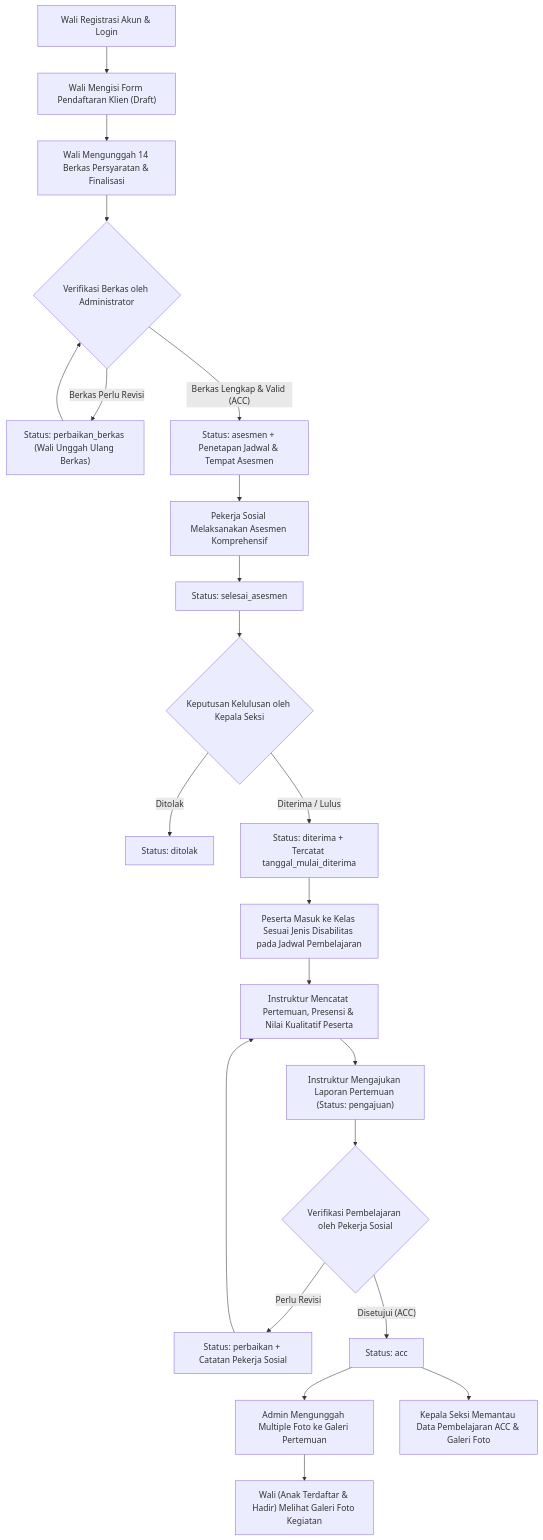
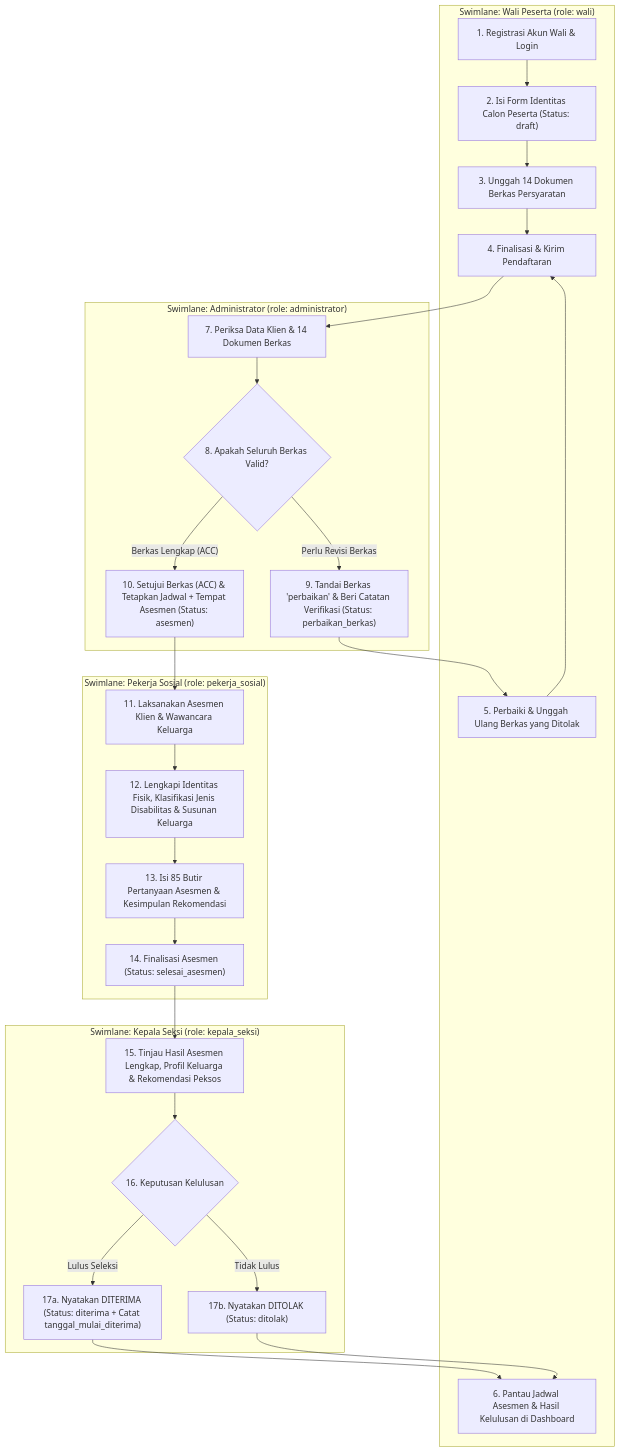
Before and after one commit to grim13/si-pkbk: the first of 4 diagrams in docs/PRD.md, drawn with Mermaid. The commit also changed other lines of this file, not shown here.

Commit message:
docs: add detailed per-role access control matrix and swimlane flowcharts to PRD

````diff
--- a/docs/PRD.md
+++ b/docs/PRD.md
@@ -37,24 +138,42 @@
 ```mermaid
 flowchart TD
-    A["Wali Registrasi Akun & Login"] --> B["Wali Mengisi Form Pendaftaran Klien (Draft)"]
-    B --> C["Wali Mengunggah 14 Berkas Persyaratan & Finalisasi"]
-    C --> D{"Verifikasi Berkas oleh Administrator"}
-    D -- "Berkas Perlu Revisi" --> E["Status: perbaikan_berkas (Wali Unggah Ulang Berkas)"]
-    E --> D
-    D -- "Berkas Lengkap & Valid (ACC)" --> F["Status: asesmen + Penetapan Jadwal & Tempat Asesmen"]
-    F --> G["Pekerja Sosial Melaksanakan Asesmen Komprehensif"]
-    G --> H["Status: selesai_asesmen"]
-    H --> I{"Keputusan Kelulusan oleh Kepala Seksi"}
-    I -- "Ditolak" --> J["Status: ditolak"]
-    I -- "Diterima / Lulus" --> K["Status: diterima + Tercatat tanggal_mulai_diterima"]
-    K --> L["Peserta Masuk ke Kelas Sesuai Jenis Disabilitas pada Jadwal Pembelajaran"]
-    L --> M["Instruktur Mencatat Pertemuan, Presensi & Nilai Kualitatif Peserta"]
-    M --> N["Instruktur Mengajukan Laporan Pertemuan (Status: pengajuan)"]
-    N --> O{"Verifikasi Pembelajaran oleh Pekerja Sosial"}
-    O -- "Perlu Revisi" --> P["Status: perbaikan + Catatan Pekerja Sosial"]
-    P --> M
-    O -- "Disetujui (ACC)" --> Q["Status: acc"]
-    Q --> R["Admin Mengunggah Multiple Foto ke Galeri Pertemuan"]
-    Q --> S["Kepala Seksi Memantau Data Pembelajaran ACC & Galeri Foto"]
-    R --> T["Wali (Anak Terdaftar & Hadir) Melihat Galeri Foto Kegiatan"]
+    subgraph WALI["Swimlane: Wali Peserta (role: wali)"]
+        W1["1. Registrasi Akun Wali & Login"]
+        W2["2. Isi Form Identitas Calon Peserta (Status: draft)"]
+        W3["3. Unggah 14 Dokumen Berkas Persyaratan"]
+        W4["4. Finalisasi & Kirim Pendaftaran"]
+        W5["5. Perbaiki & Unggah Ulang Berkas yang Ditolak"]
+        W6["6. Pantau Jadwal Asesmen & Hasil Kelulusan di Dashboard"]
+    end
+
+    subgraph ADMIN["Swimlane: Administrator (role: administrator)"]
+        A1["7. Periksa Data Klien & 14 Dokumen Berkas"]
+        A2{"8. Apakah Seluruh Berkas Valid?"}
+        A3["9. Tandai Berkas 'perbaikan' & Beri Catatan Verifikasi (Status: perbaikan_berkas)"]
+        A4["10. Setujui Berkas (ACC) & Tetapkan Jadwal + Tempat Asesmen (Status: asesmen)"]
+    end
+
+    subgraph PEKSOS["Swimlane: Pekerja Sosial (role: pekerja_sosial)"]
+        P1["11. Laksanakan Asesmen Klien & Wawancara Keluarga"]
+        P2["12. Lengkapi Identitas Fisik, Klasifikasi Jenis Disabilitas & Susunan Keluarga"]
+        P3["13. Isi 85 Butir Pertanyaan Asesmen & Kesimpulan Rekomendasi"]
+        P4["14. Finalisasi Asesmen (Status: selesai_asesmen)"]
+    end
+
+    subgraph KASI["Swimlane: Kepala Seksi (role: kepala_seksi)"]
+        K1["15. Tinjau Hasil Asesmen Lengkap, Profil Keluarga & Rekomendasi Peksos"]
+        K2{"16. Keputusan Kelulusan"}
+        K3["17a. Nyatakan DITERIMA (Status: diterima + Catat tanggal_mulai_diterima)"]
+        K4["17b. Nyatakan DITOLAK (Status: ditolak)"]
+    end
+
+    W1 --> W2 --> W3 --> W4 --> A1
+    A1 --> A2
+    A2 -- "Perlu Revisi Berkas" --> A3 --> W5
+    W5 --> W4
+    A2 -- "Berkas Lengkap (ACC)" --> A4 --> P1
+    P1 --> P2 --> P3 --> P4 --> K1
+    K1 --> K2
+    K2 -- "Lulus Seleksi" --> K3 --> W6
+    K2 -- "Tidak Lulus" --> K4 --> W6
 ```
````
